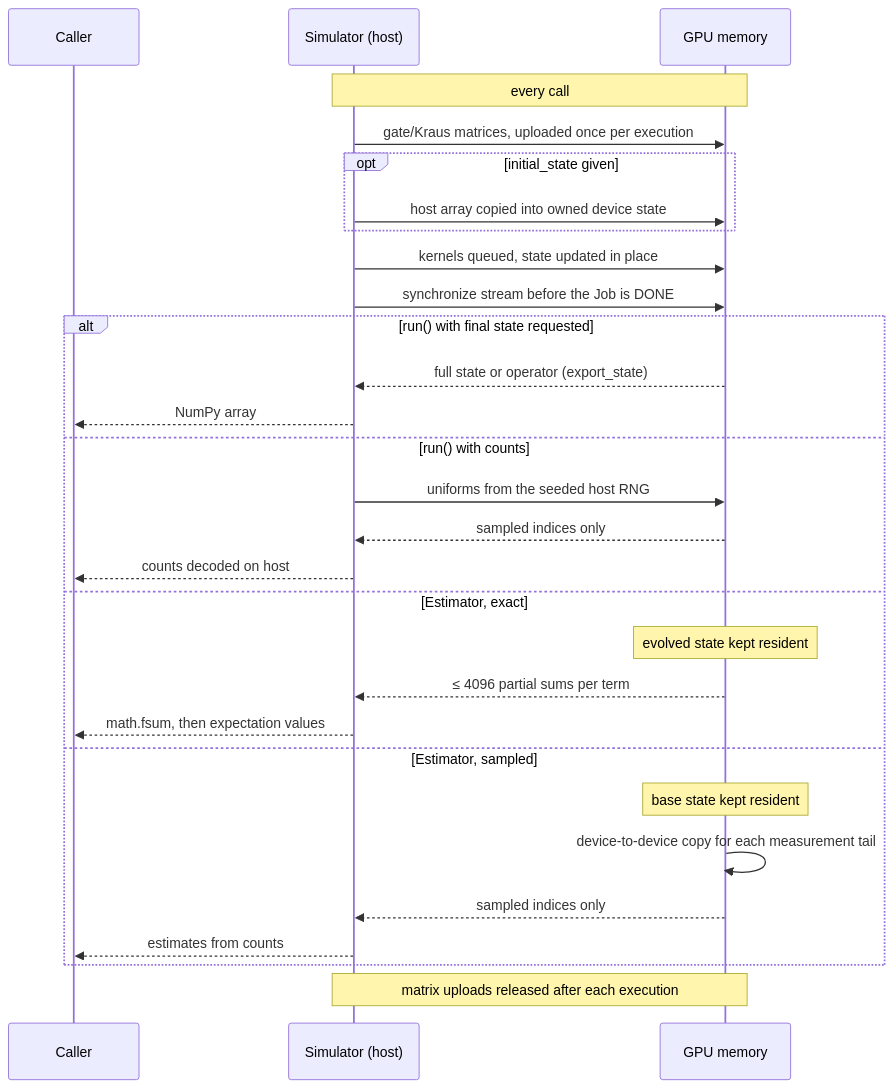
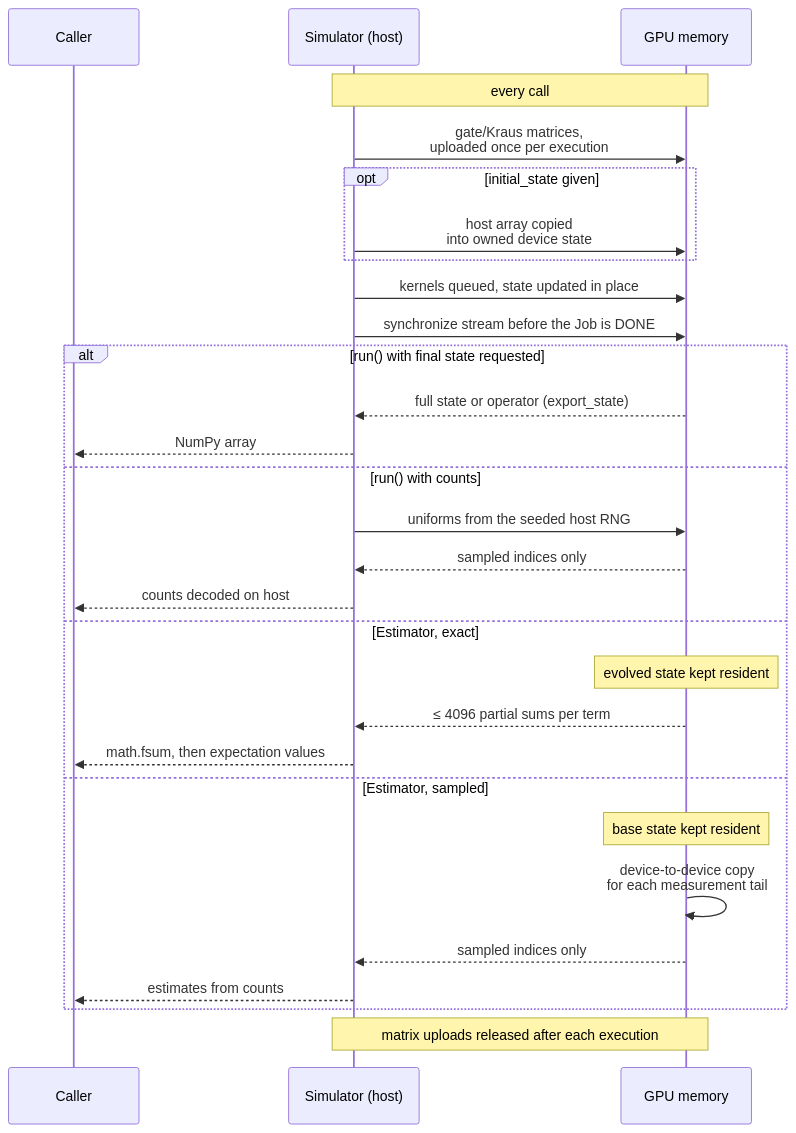
Before and after one commit to oscar-chw/fatqat-cuda: the second of 3 diagrams in README.md, drawn with Mermaid. The commit also changed other lines of this file, not shown here.

Commit message:
docs: make diagrams legible at README width

````diff
--- a/README.md
+++ b/README.md
@@ -101,31 +103,31 @@
 ```mermaid
 sequenceDiagram
   participant U as Caller
   participant H as Simulator (host)
   participant G as GPU memory
   Note over H,G: every call
-  H->>G: gate/Kraus matrices, uploaded once per execution
+  H->>G: gate/Kraus matrices,<br/>uploaded once per execution
   opt initial_state given
-    H->>G: host array copied into owned device state
+    H->>G: host array copied<br/>into owned device state
   end
   H->>G: kernels queued, state updated in place
   H->>G: synchronize stream before the Job is DONE
   alt run() with final state requested
     G-->>H: full state or operator (export_state)
     H-->>U: NumPy array
   else run() with counts
     H->>G: uniforms from the seeded host RNG
     G-->>H: sampled indices only
     H-->>U: counts decoded on host
   else Estimator, exact
     Note over G: evolved state kept resident
     G-->>H: ≤ 4096 partial sums per term
     H-->>U: math.fsum, then expectation values
   else Estimator, sampled
     Note over G: base state kept resident
-    G->>G: device-to-device copy for each measurement tail
+    G->>G: device-to-device copy<br/>for each measurement tail
     G-->>H: sampled indices only
     H-->>U: estimates from counts
   end
   Note over H,G: matrix uploads released after each execution
 ```
````
